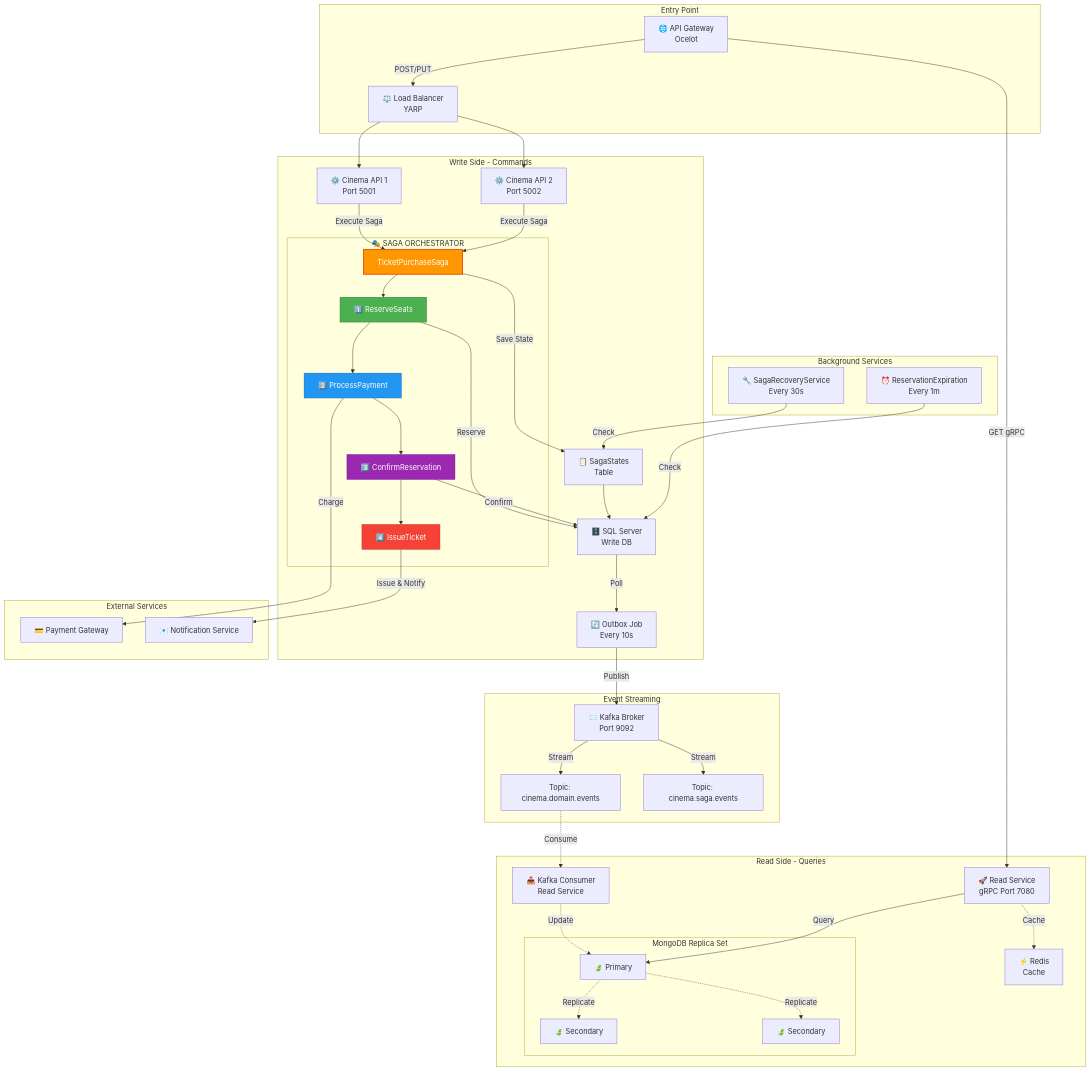
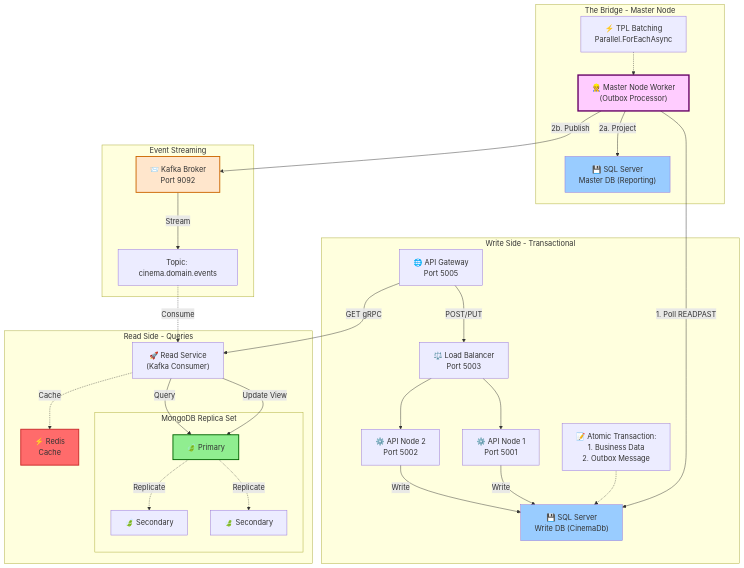
The first of 5 diagrams in README.md (sonne120/cinema), drawn with Mermaid before and after one commit. The commit also changed other lines of this file, not shown here.

Commit message:
correct description of project in Readme.md

````diff
--- a/README.md
+++ b/README.md
@@ -100,45 +6,29 @@
 ```mermaid
-graph TB
-    subgraph "Entry Point"
-        Gateway["🌐 API Gateway<br/>Ocelot"]
-        LB["⚖️ Load Balancer<br/>YARP"]
-    end
-
-    subgraph "Write Side - Commands"
-        API1["⚙️ Cinema API 1<br/>Port 5001"]
-        API2["⚙️ Cinema API 2<br/>Port 5002"]
+graph TD
+    subgraph "Write Side - Transactional"
+        Gateway["🌐 API Gateway<br/>Port 5005"]
+        LB["⚖️ Load Balancer<br/>Port 5003"]
+        API1["⚙️ API Node 1<br/>Port 5001"]
+        API2["⚙️ API Node 2<br/>Port 5002"]
+        SQL["💾 SQL Server<br/>Write DB (CinemaDb)"]
         
-        subgraph "🎭 SAGA ORCHESTRATOR"
-            SagaOrch["TicketPurchaseSaga"]
-            Step1["1️⃣ ReserveSeats"]
-            Step2["2️⃣ ProcessPayment"]
-            Step3["3️⃣ ConfirmReservation"]
-            Step4["4️⃣ IssueTicket"]
-            SagaOrch --> Step1
-            Step1 --> Step2
-            Step2 --> Step3
-            Step3 --> Step4
-        end
-        
-        SQL["🗄️ SQL Server<br/>Write DB"]
-        SagaState["📋 SagaStates<br/>Table"]
-        Outbox["🔄 Outbox Job<br/>Every 10s"]
+        note_trans["📝 Atomic Transaction:<br/>1. Business Data<br/>2. Outbox Message"]
     end
     
-    subgraph "Background Services"
-        Recovery["🔧 SagaRecoveryService<br/>Every 30s"]
-        Expiration["⏰ ReservationExpiration<br/>Every 1m"]
+    subgraph "The Bridge - Master Node"
+        MasterNode["👷 Master Node Worker<br/>(Outbox Processor)"]
+        MasterSQL["💾 SQL Server<br/>Master DB (Reporting)"]
+        
+        note_tpl["⚡ TPL Batching<br/>Parallel.ForEachAsync"]
     end
     
     subgraph "Event Streaming"
         Kafka["📨 Kafka Broker<br/>Port 9092"]
         Topic1["Topic: cinema.domain.events"]
-        Topic2["Topic: cinema.saga.events"]
     end
     
     subgraph "Read Side - Queries"
-        Consumer["📥 Kafka Consumer<br/>Read Service"]
-        ReadService["🚀 Read Service<br/>gRPC Port 7080"]
+        ReadService["🚀 Read Service<br/>(Kafka Consumer)"]
         
         subgraph "MongoDB Replica Set"
             Mongo1["🍃 Primary"]
@@ -148,47 +38,41 @@
 
         Redis["⚡ Redis<br/>Cache"]
     end
-    
-    subgraph "External Services"
-        PaymentGW["💳 Payment Gateway"]
-        NotifySvc["📧 Notification Service"]
-    end
-    
+
+    %% Command Flow
     Gateway -->|POST/PUT| LB
     LB --> API1
     LB --> API2
     
-    API1 -->|Execute Saga| SagaOrch
-    API2 -->|Execute Saga| SagaOrch
+    API1 -->|Write| SQL
+    API2 -->|Write| SQL
+    note_trans -.-> SQL
+
+    %% The Outbox Pattern (Master Node)
+    MasterNode -->|1. Poll READPAST| SQL
+    MasterNode -->|2a. Project| MasterSQL
+    MasterNode -->|2b. Publish| Kafka
+    note_tpl -.-> MasterNode
     
-    Step1 -->|Reserve| SQL
-    Step2 -->|Charge| PaymentGW
-    Step3 -->|Confirm| SQL
-    Step4 -->|Issue & Notify| NotifySvc
+    %% Event Flow
+    Kafka -->|Stream| Topic1
+    Topic1 -.->|Consume| ReadService
     
-    SagaOrch -->|Save State| SagaState
-    SagaState --> SQL
-    
-    SQL -->|Poll| Outbox
-    Outbox -->|Publish| Kafka
-    Kafka -->|Stream| Topic1
-    Kafka -->|Stream| Topic2
-    
-    Recovery -->|Check| SagaState
-    Expiration -->|Check| SQL
-    
-    Topic1 -.->|Consume| Consumer
-    Consumer -.->|Update| Mongo1
+    %% Read Side Updates
+    ReadService -->|Update View| Mongo1
     Mongo1 -.->|Replicate| Mongo2
     Mongo1 -.->|Replicate| Mongo3
     
+    %% Query Flow
     Gateway -->|GET gRPC| ReadService
     ReadService -->|Query| Mongo1
     ReadService -.->|Cache| Redis
     
-    style SagaOrch fill:#ff9800,stroke:#e65100,stroke-width:2px,color:#fff
-    style Step1 fill:#4caf50,stroke:#2e7d32,color:#fff
-    style Step2 fill:#2196f3,stroke:#1565c0,color:#fff
-    style Step3 fill:#9c27b0,stroke:#6a1b9a,color:#fff
-    style Step4 fill:#f44336,stroke:#c62828,color:#fff
+    %% Styling
+    style MasterNode fill:#ffccff,stroke:#660066,stroke-width:3px
+    style SQL fill:#99ccff
+    style MasterSQL fill:#99ccff
+    style Kafka fill:#ffe6cc,stroke:#cc6600,stroke-width:2px
+    style Mongo1 fill:#90ee90,stroke:#006400,stroke-width:2px
+    style Redis fill:#ff6b6b,stroke:#c92a2a,stroke-width:2px
 ```
````
